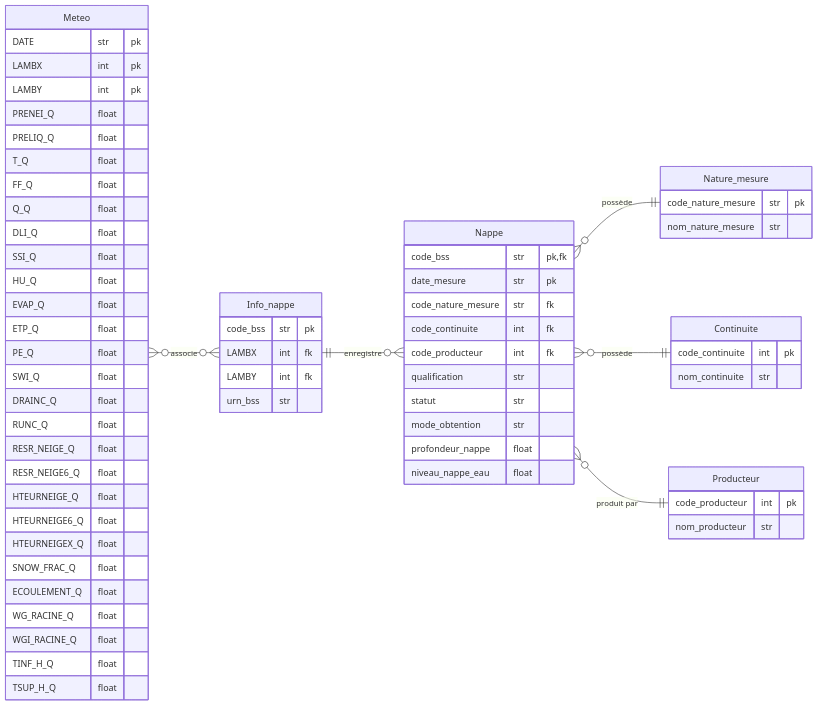
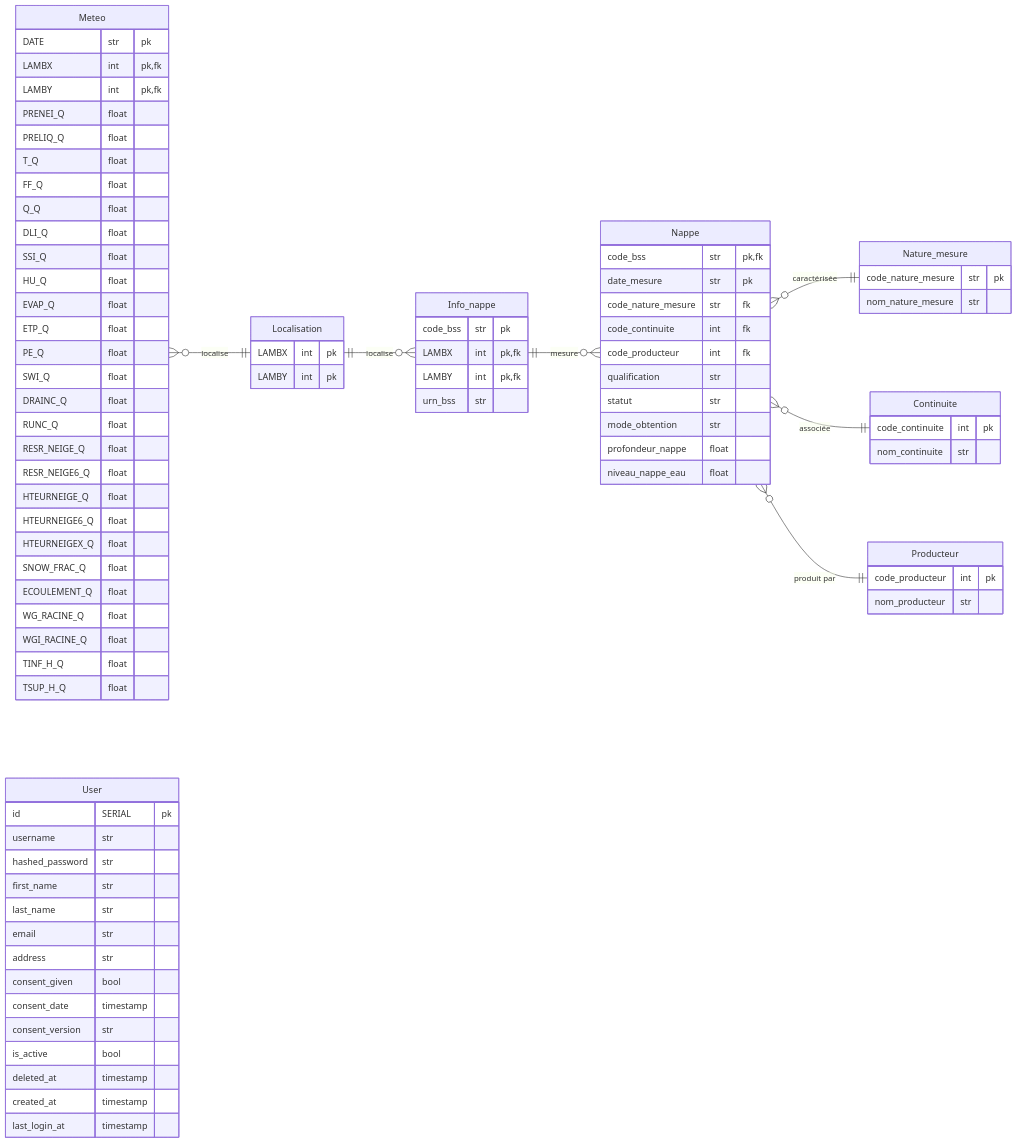
Before and after one commit to StevenDelval/Projet_certification_data_engineer: the diagram in schemas/schema_base_de_donnees.md, drawn with Mermaid.

````diff
--- a/schemas/schema_base_de_donnees.md
+++ b/schemas/schema_base_de_donnees.md
@@ -1,73 +1,105 @@
 ```mermaid
 erDiagram
     direction LR
-    
-    Meteo {
-        DATE str pk
-        LAMBX int pk
-        LAMBY int pk
-        PRENEI_Q float
-        PRELIQ_Q float
-        T_Q float
-        FF_Q float
-        Q_Q float
-        DLI_Q float
-        SSI_Q float
-        HU_Q float
-        EVAP_Q float
-        ETP_Q float
-        PE_Q float
-        SWI_Q float
-        DRAINC_Q float
-        RUNC_Q float
-        RESR_NEIGE_Q float
-        RESR_NEIGE6_Q float
-        HTEURNEIGE_Q float
-        HTEURNEIGE6_Q float
-        HTEURNEIGEX_Q float
-        SNOW_FRAC_Q float
-        ECOULEMENT_Q float
-        WG_RACINE_Q float
-        WGI_RACINE_Q float
-        TINF_H_Q float
-        TSUP_H_Q float
-    }
 
-    Nappe {
-        code_bss str pk,fk
-        date_mesure str pk
-        code_nature_mesure str fk
-        code_continuite int fk
-        code_producteur int fk 
-        qualification str
-        statut str
-        mode_obtention str
-        profondeur_nappe float
-        niveau_nappe_eau float
-    }
-    Nature_mesure {
-        code_nature_mesure str pk
-        nom_nature_mesure str
-    }
-    Continuite {
-        code_continuite int pk
-        nom_continuite str
-    }
-    Producteur {
-        code_producteur int pk
-        nom_producteur str
-    }
+Meteo {
+    DATE str pk
+    LAMBX int pk,fk
+    LAMBY int pk,fk
+    PRENEI_Q float
+    PRELIQ_Q float
+    T_Q float
+    FF_Q float
+    Q_Q float
+    DLI_Q float
+    SSI_Q float
+    HU_Q float
+    EVAP_Q float
+    ETP_Q float
+    PE_Q float
+    SWI_Q float
+    DRAINC_Q float
+    RUNC_Q float
+    RESR_NEIGE_Q float
+    RESR_NEIGE6_Q float
+    HTEURNEIGE_Q float
+    HTEURNEIGE6_Q float
+    HTEURNEIGEX_Q float
+    SNOW_FRAC_Q float
+    ECOULEMENT_Q float
+    WG_RACINE_Q float
+    WGI_RACINE_Q float
+    TINF_H_Q float
+    TSUP_H_Q float
+}
+Info_nappe {
+    code_bss str pk
+    LAMBX int pk,fk
+    LAMBY int pk,fk
+    urn_bss str
+}
 
-    Info_nappe {
-        code_bss str pk
-        LAMBX int fk
-        LAMBY int fk
-        urn_bss str
-    }
+Localisation {
+    LAMBX int pk
+    LAMBY int pk
+}
 
-    Meteo many to many Info_nappe : "associe"
-    Info_nappe 1 to many Nappe : "enregistre"
-    Nappe many to 1 Nature_mesure : "possède"
-    Nappe many to 1 Continuite : "possède"
-    Nappe many to 1 Producteur : "produit par"
+Nappe {
+    code_bss str pk,fk
+    date_mesure str pk
+    code_nature_mesure str fk
+    code_continuite int fk
+    code_producteur int fk 
+    qualification str
+    statut str
+    mode_obtention str
+    profondeur_nappe float
+    niveau_nappe_eau float
+}
+Nature_mesure {
+    code_nature_mesure str pk
+    nom_nature_mesure str
+}
+Continuite {
+    code_continuite int pk
+    nom_continuite str
+}
+Producteur {
+    code_producteur int pk
+    nom_producteur str
+}
+
+
+
+
+User {
+    id SERIAL pk
+
+    username str 
+    hashed_password str 
+
+    first_name str
+    last_name str
+    email str
+    address str
+
+    consent_given bool 
+    consent_date timestamp
+    consent_version str
+
+    is_active bool  
+    deleted_at timestamp
+
+    created_at timestamp 
+    last_login_at timestamp
+}
+
+
+Meteo many to 1 Localisation : "localise"
+Localisation 1 to many Info_nappe : "localise"
+Info_nappe 1 to many Nappe : "mesure"
+Nappe many to 1 Nature_mesure : "caractérisée "
+Nappe many to 1 Continuite : "associée"
+Nappe many to 1 Producteur : "produit par"
+
 ```
````
